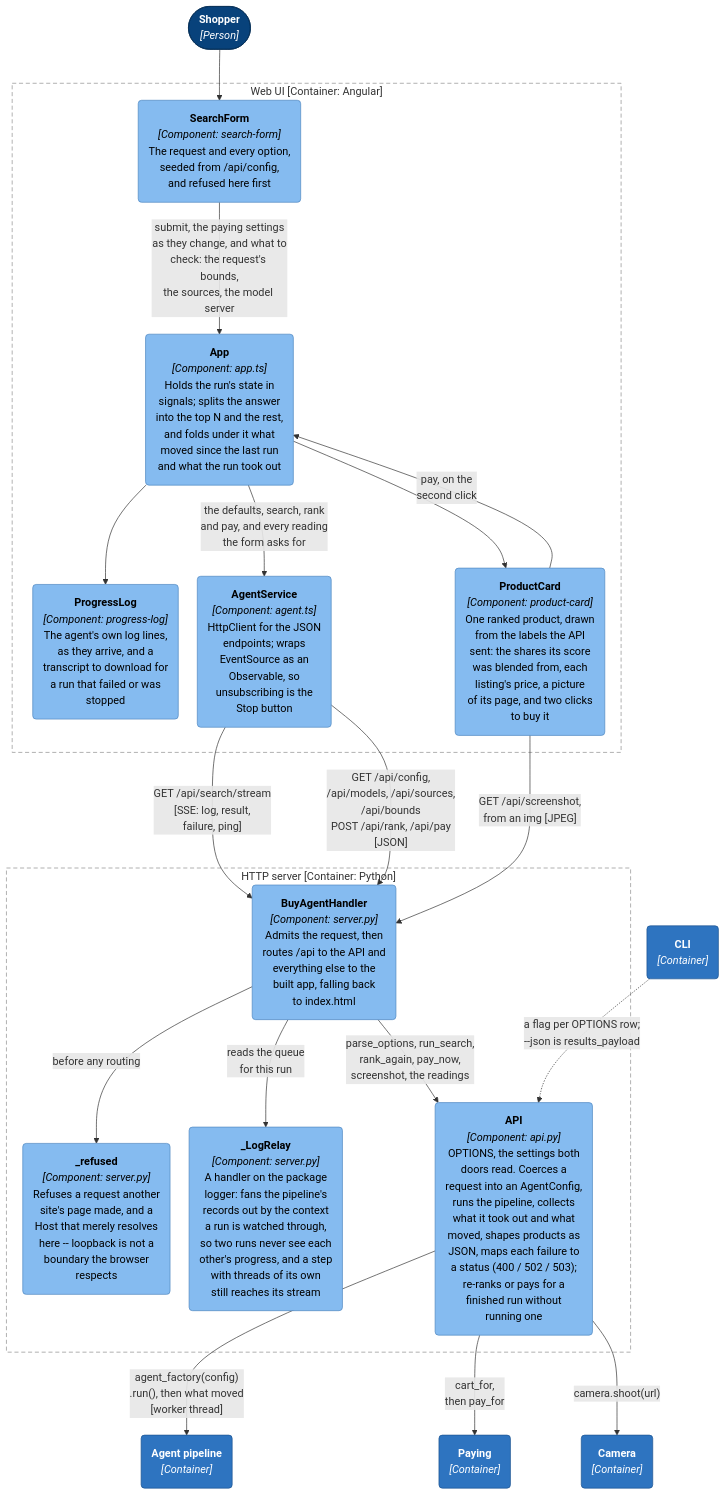
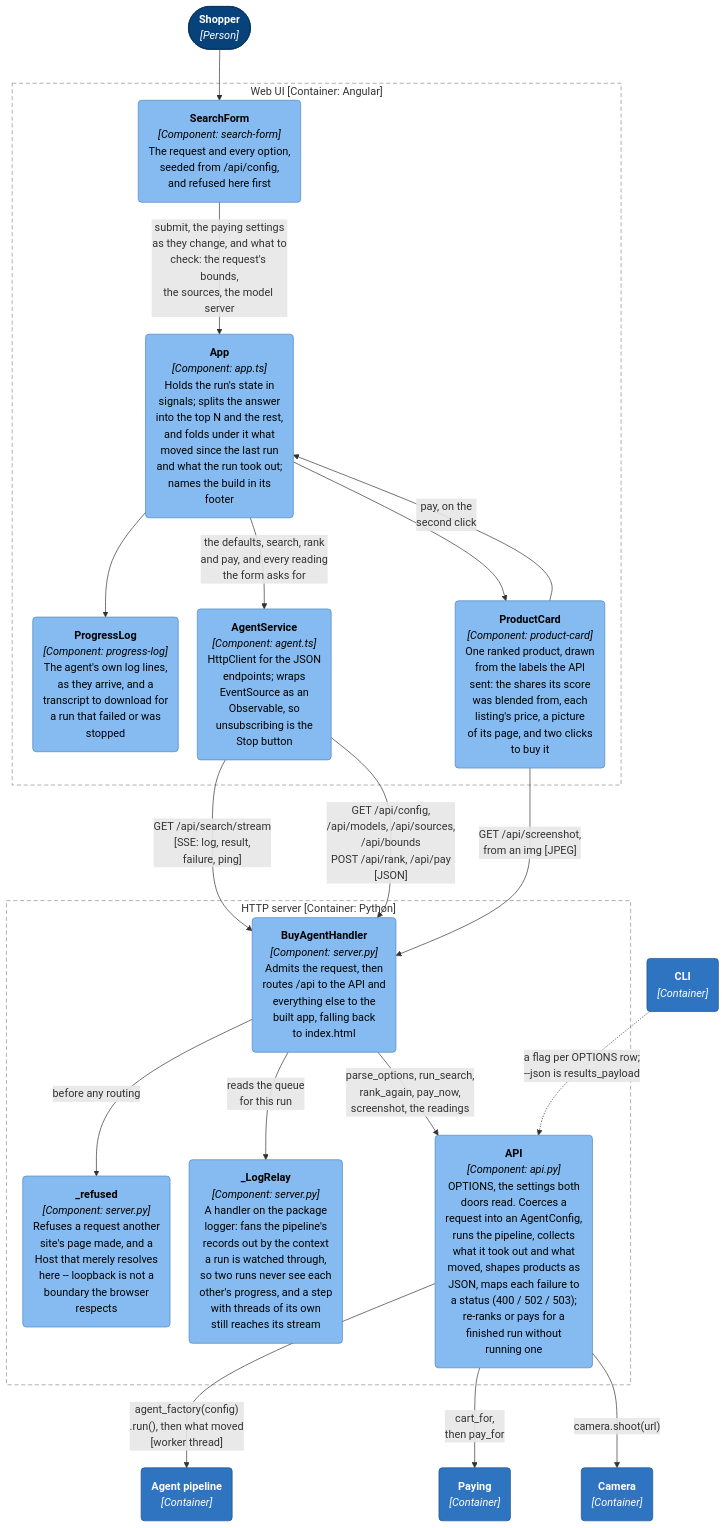
The ninth of 11 diagrams in docs/architecture.md (adamw7/buy_agent), drawn with Mermaid before and after one commit. The commit also changed other lines of this file, not shown here.

First line of the commit message:
Docs: bring the C4 diagrams up to the version stamp and the run's timing (#345)

````diff
--- a/docs/architecture.md
+++ b/docs/architecture.md
@@ -464,58 +469,58 @@
 ```mermaid
 ---
 config:
   flowchart:
     wrappingWidth: 400
     nodeSpacing: 28
     rankSpacing: 50
 ---
 graph TB
     browserUser(["<b>Shopper</b><br/><i>[Person]</i>"])
 
     subgraph spa["Web UI [Container: Angular]"]
         form("<b>SearchForm</b><br/><i>[Component: search-form]</i><br/>The request and every option,<br/>seeded from /api/config,<br/>and refused here first")
-        app("<b>App</b><br/><i>[Component: app.ts]</i><br/>Holds the run's state in<br/>signals; splits the answer<br/>into the top N and the rest,<br/>and folds under it what<br/>moved since the last run<br/>and what the run took out")
+        app("<b>App</b><br/><i>[Component: app.ts]</i><br/>Holds the run's state in<br/>signals; splits the answer<br/>into the top N and the rest,<br/>and folds under it what<br/>moved since the last run<br/>and what the run took out;<br/>names the build in its<br/>footer")
         log("<b>ProgressLog</b><br/><i>[Component: progress-log]</i><br/>The agent's own log lines,<br/>as they arrive, and a<br/>transcript to download for<br/>a run that failed or was<br/>stopped")
         card("<b>ProductCard</b><br/><i>[Component: product-card]</i><br/>One ranked product, drawn<br/>from the labels the API<br/>sent: the shares its score<br/>was blended from, each<br/>listing's price, a picture<br/>of its page, and two clicks<br/>to buy it")
         agentsvc("<b>AgentService</b><br/><i>[Component: agent.ts]</i><br/>HttpClient for the JSON<br/>endpoints; wraps<br/>EventSource as an<br/>Observable, so<br/>unsubscribing is the<br/>Stop button")
     end
 
     subgraph srv["HTTP server [Container: Python]"]
         handler("<b>BuyAgentHandler</b><br/><i>[Component: server.py]</i><br/>Admits the request, then<br/>routes /api to the API and<br/>everything else to the<br/>built app, falling back<br/>to index.html")
         guard("<b>_refused</b><br/><i>[Component: server.py]</i><br/>Refuses a request another<br/>site's page made, and a<br/>Host that merely resolves<br/>here -- loopback is not a<br/>boundary the browser<br/>respects")
         relay("<b>_LogRelay</b><br/><i>[Component: server.py]</i><br/>A handler on the package<br/>logger: fans the pipeline's<br/>records out by the context<br/>a run is watched through,<br/>so two runs never see each<br/>other's progress, and a step<br/>with threads of its own<br/>still reaches its stream")
         api("<b>API</b><br/><i>[Component: api.py]</i><br/>OPTIONS, the settings both<br/>doors read. Coerces a<br/>request into an AgentConfig,<br/>runs the pipeline, collects<br/>what it took out and what<br/>moved, shapes products as<br/>JSON, maps each failure to<br/>a status (400 / 502 / 503);<br/>re-ranks or pays for a<br/>finished run without<br/>running one")
     end
 
     cli("<b>CLI</b><br/><i>[Container]</i>")
     agentpipeline("<b>Agent pipeline</b><br/><i>[Container]</i>")
     paying("<b>Paying</b><br/><i>[Container]</i>")
     camera("<b>Camera</b><br/><i>[Container]</i>")
 
     browserUser --> form
     form -->|"submit, the paying settings<br/>as they change, and what to<br/>check: the request's bounds,<br/>the sources, the model server"| app
     app --> log
     app --> card
     card -->|"pay, on the<br/>second click"| app
     app -->|"the defaults, search, rank<br/>and pay, and every reading<br/>the form asks for"| agentsvc
     agentsvc -->|"GET /api/search/stream<br/>[SSE: log, result,<br/>failure, ping]"| handler
     agentsvc -->|"GET /api/config,<br/>/api/models, /api/sources,<br/>/api/bounds<br/>POST /api/rank, /api/pay<br/>[JSON]"| handler
     card -->|"GET /api/screenshot,<br/>from an img [JPEG]"| handler
 
     handler -->|"before any routing"| guard
     handler -->|"parse_options, run_search,<br/>rank_again, pay_now,<br/>screenshot, the readings"| api
     handler -->|"reads the queue<br/>for this run"| relay
     cli -.->|"a flag per OPTIONS row;<br/>--json is results_payload"| api
     api -->|"agent_factory(config)<br/>.run(), then what moved<br/>[worker thread]"| agentpipeline
     api -->|"cart_for,<br/>then pay_for"| paying
     api -->|"camera.shoot(url)"| camera
 
     classDef person fill:#08427b,stroke:#052e56,color:#fff
     classDef container fill:#2e74c0,stroke:#1d5390,color:#fff
     classDef component fill:#85bbf0,stroke:#4f86c0,color:#000
     class browserUser person
     class cli,agentpipeline,paying,camera container
     class app,form,log,card,agentsvc,handler,guard,relay,api component
     style spa fill:none,stroke:#8c8c8c,stroke-width:1px,stroke-dasharray:6 4
     style srv fill:none,stroke:#8c8c8c,stroke-width:1px,stroke-dasharray:6 4
 ```
````
